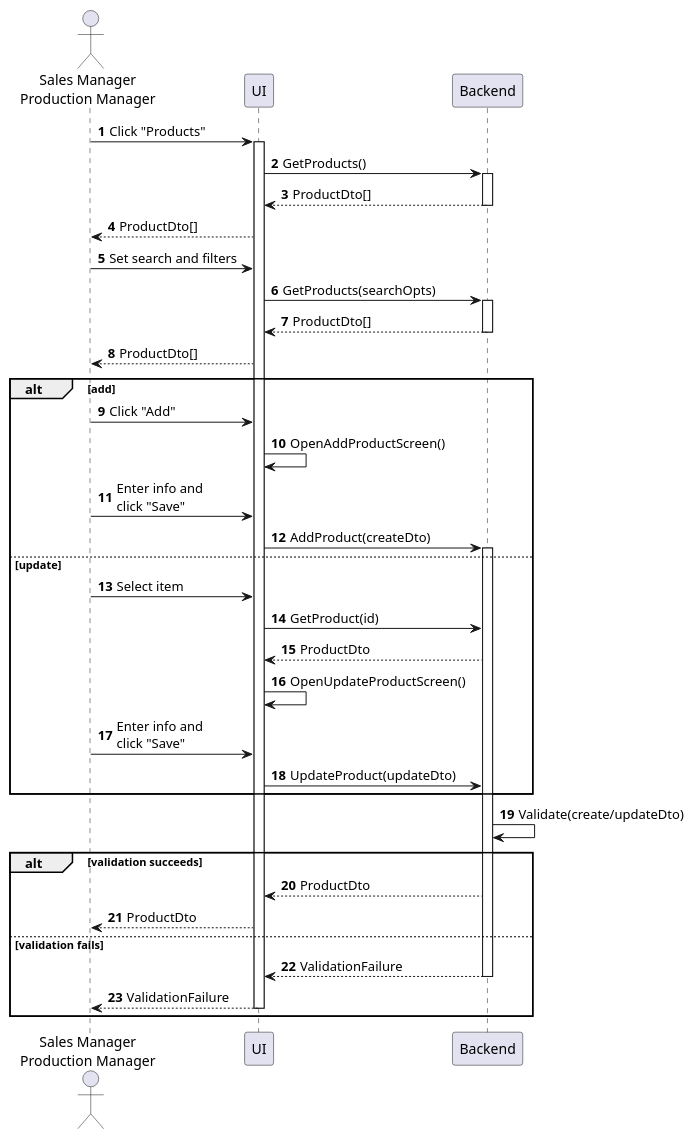
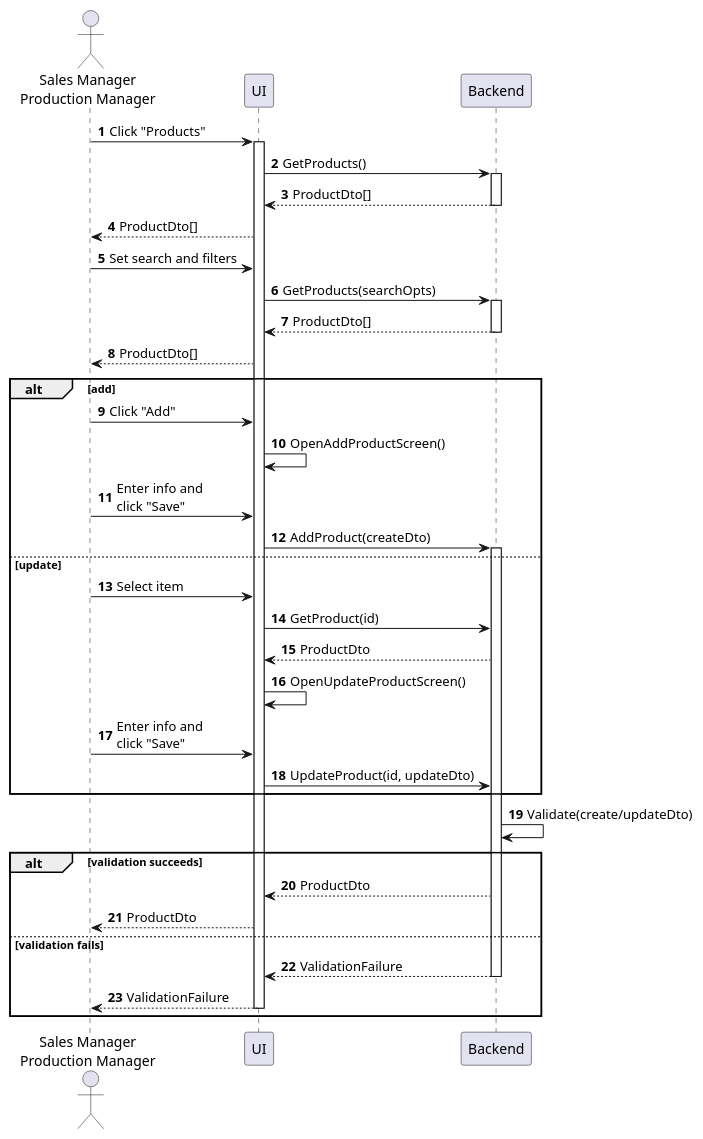
One commit to phihungha/scmss-reqs changed the diagram in sequences/product-manage.plantuml. Above: the diagram before and after it, drawn with PlantUML. The commit also changed 19 other files, not shown here.

```diff
--- a/sequences/product-manage.plantuml
+++ b/sequences/product-manage.plantuml
@@ -1,44 +1,44 @@
 @startuml product-manage
 autonumber
 
 actor "Sales Manager\nProduction Manager" as a
 participant UI as f
 participant Backend as b
 
 a -> f : Click "Products"
 activate f
 f -> b : GetProducts()
 activate b
 return ProductDto[]
 f --> a : ProductDto[]
 a -> f : Set search and filters
 f -> b : GetProducts(searchOpts)
 activate b
 return ProductDto[]
 f --> a : ProductDto[]
 
 alt add
     a -> f : Click "Add"
     f -> f : OpenAddProductScreen()
     a -> f : Enter info and\nclick "Save"
     f -> b : AddProduct(createDto)
     activate b
 else update
     a -> f : Select item
     f -> b : GetProduct(id)
     b --> f : ProductDto
     f -> f : OpenUpdateProductScreen()
     a -> f : Enter info and\nclick "Save"
-    f -> b : UpdateProduct(updateDto)
+    f -> b : UpdateProduct(id, updateDto)
 end
 
 b -> b : Validate(create/updateDto)
 
 alt validation succeeds
     b --> f : ProductDto
     f --> a : ProductDto
 else validation fails
     return ValidationFailure
     return ValidationFailure
 end
 @enduml
```
